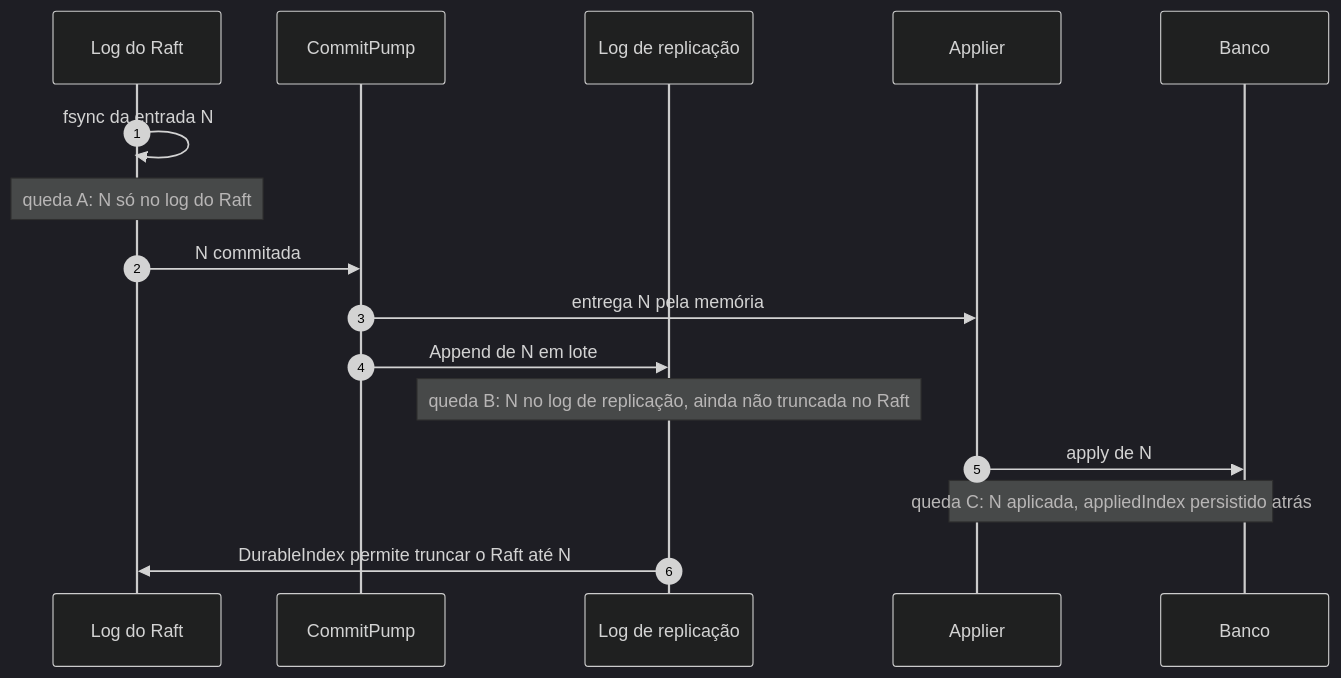
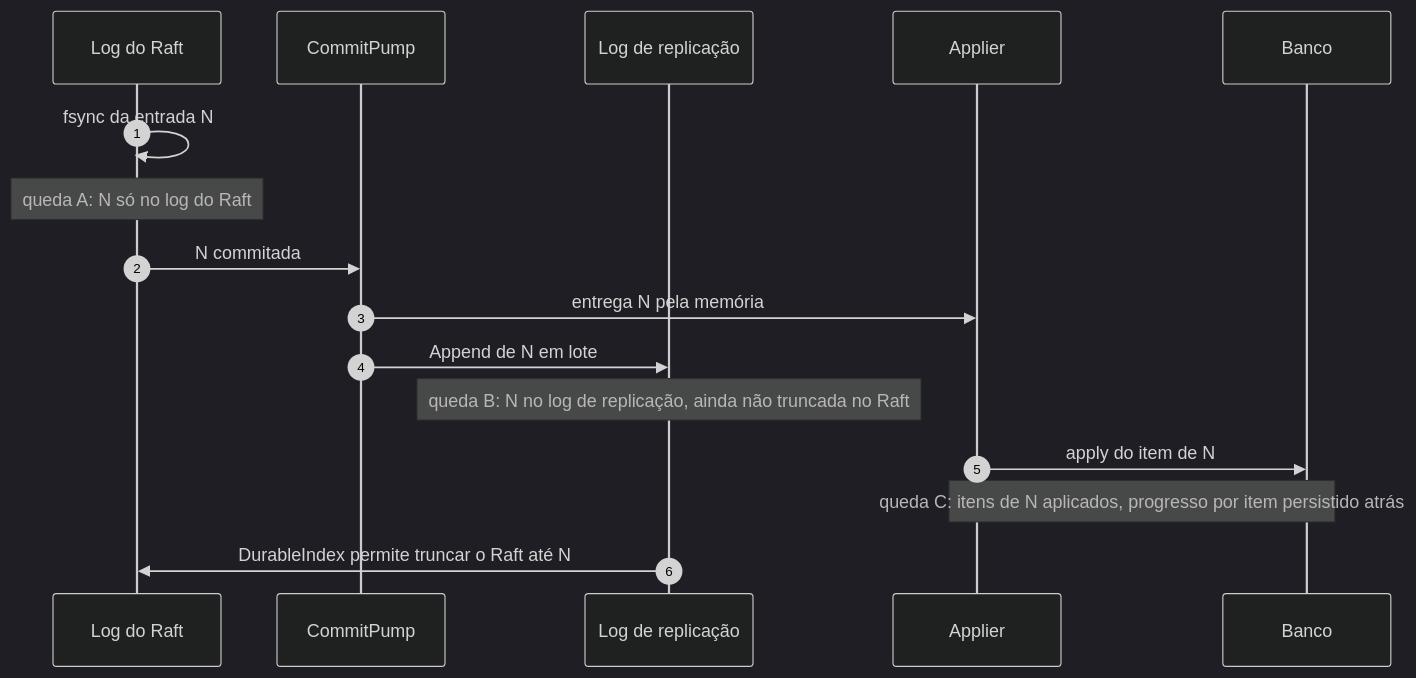
Before and after one commit to brbarmex/k: the diagram in 02_cenarios/complexos/X04-partida-recuperacao-e-dois-logs.md, drawn with Mermaid (dark theme). The commit also changed other lines of this file and 139 other files, not shown here.

````diff
--- a/02_cenarios/complexos/X04-partida-recuperacao-e-dois-logs.md
+++ b/02_cenarios/complexos/X04-partida-recuperacao-e-dois-logs.md
@@ -11,18 +11,18 @@
 ```mermaid
 sequenceDiagram
     autonumber
     participant R as Log do Raft
     participant P as CommitPump
     participant L as Log de replicação
     participant AP as Applier
     participant DB as Banco
     R->>R: fsync da entrada N
     Note over R: queda A: N só no log do Raft
     R->>P: N commitada
     P->>AP: entrega N pela memória
     P->>L: Append de N em lote
     Note over L: queda B: N no log de replicação, ainda não truncada no Raft
-    AP->>DB: apply de N
-    Note over AP,DB: queda C: N aplicada, appliedIndex persistido atrás
+    AP->>DB: apply do item de N
+    Note over AP,DB: queda C: itens de N aplicados, progresso por item persistido atrás
     L->>R: DurableIndex permite truncar o Raft até N
 ```
````
